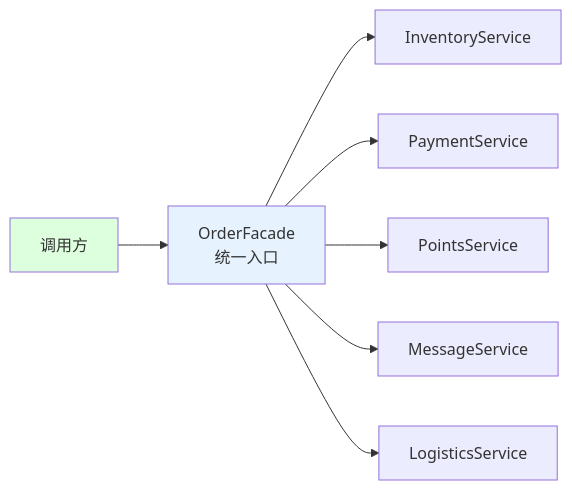
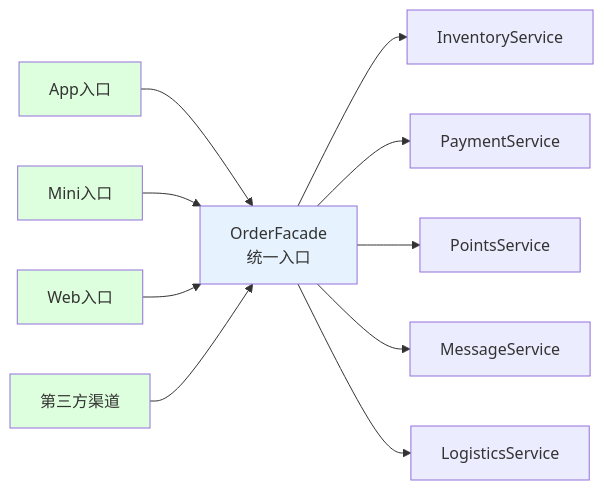
Before and after one commit to chongyang211/YCBookBlog: the third of 6 diagrams in docs/08.编程/03.巧学设计模式/09.外观模式设计思想.md, drawn with Mermaid. The commit also changed other lines of this file and 22 other files, not shown here.

````diff
--- a/docs/08.编程/03.巧学设计模式/09.外观模式设计思想.md
+++ b/docs/08.编程/03.巧学设计模式/09.外观模式设计思想.md
@@ -141,11 +227,17 @@
 ```mermaid
 flowchart LR
-    Client[调用方] --> F[OrderFacade<br/>统一入口]
+    App[App入口] --> F[OrderFacade<br/>统一入口]
+    Mini[Mini入口] --> F
+    Web[Web入口] --> F
+    Third[第三方渠道] --> F
     F --> I[InventoryService]
     F --> P[PaymentService]
     F --> PT[PointsService]
     F --> M[MessageService]
     F --> L[LogisticsService]
     style F fill:#e6f3ff
-    style Client fill:#dfd
+    style App fill:#dfd
+    style Mini fill:#dfd
+    style Web fill:#dfd
+    style Third fill:#dfd
 ```
````
